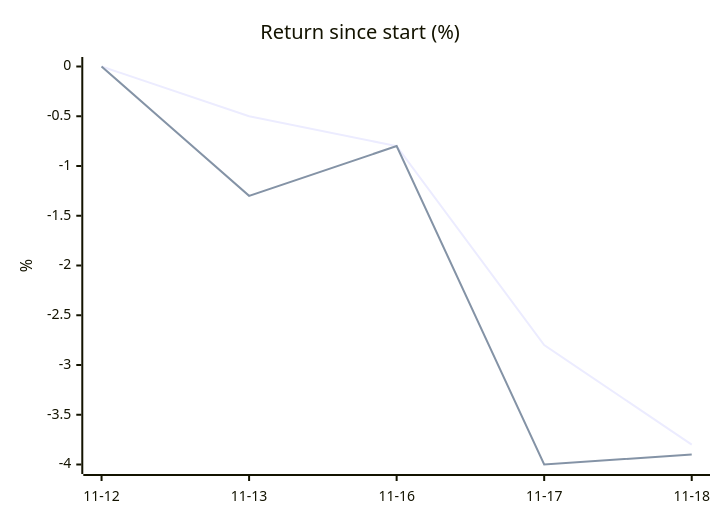
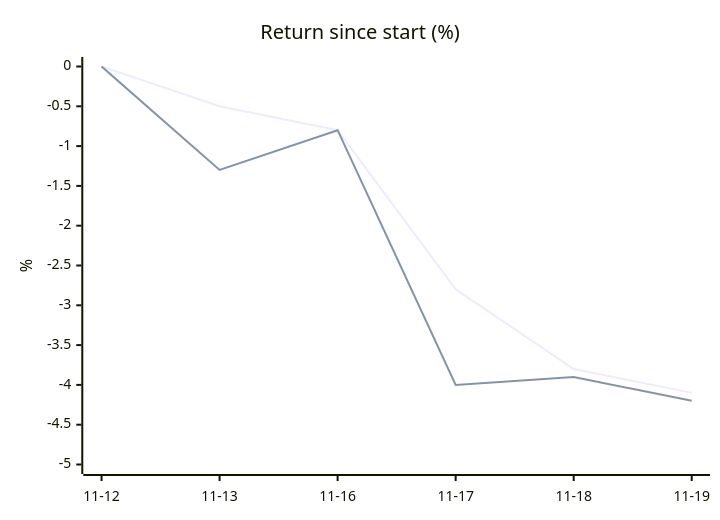
One commit to owlpowell50-creator/trading-bot changed the diagram in 06 - One-Month Trial.md. Above: the diagram before and after it, drawn with Mermaid. The commit also changed other lines of this file and 13 other files, not shown here.

````diff
--- a/06 - One-Month Trial.md
+++ b/06 - One-Month Trial.md
@@ -33,8 +34,8 @@
 ```mermaid
 xychart-beta
     title "Return since start (%)"
-    x-axis ["11-12", "11-13", "11-16", "11-17", "11-18"]
-    y-axis "%" -4 --> 0
-    line [-0.0, -0.5, -0.8, -2.8, -3.8]
-    line [0.0, -1.3, -0.8, -4.0, -3.9]
+    x-axis ["11-12", "11-13", "11-16", "11-17", "11-18", "11-19"]
+    y-axis "%" -5 --> 0
+    line [-0.0, -0.5, -0.8, -2.8, -3.8, -4.1]
+    line [0.0, -1.3, -0.8, -4.0, -3.9, -4.2]
 ```
````
